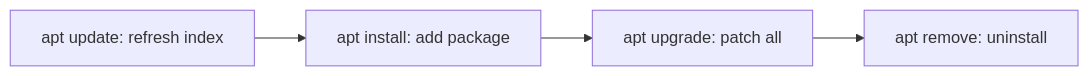
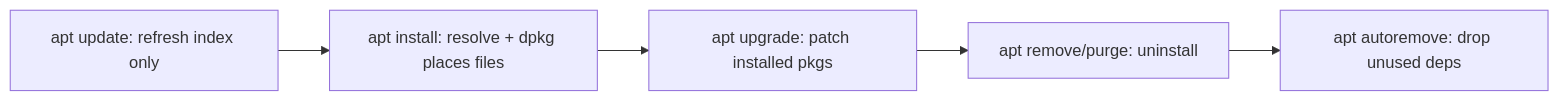
Before and after one commit to cloud-prakhar/learning-linux: the diagram in 06-package-management/apt-ubuntu-debian.md, drawn with Mermaid. The commit also changed other lines of this file and 69 other files, not shown here.

````diff
--- a/06-package-management/apt-ubuntu-debian.md
+++ b/06-package-management/apt-ubuntu-debian.md
@@ -33,6 +34,7 @@
 ```mermaid
 flowchart LR
-    U[apt update: refresh index] --> I[apt install: add package]
-    I --> Up[apt upgrade: patch all]
-    Up --> R[apt remove: uninstall]
+    U[apt update: refresh index only] --> I[apt install: resolve + dpkg places files]
+    I --> Up[apt upgrade: patch installed pkgs]
+    Up --> R[apt remove/purge: uninstall]
+    R --> A[apt autoremove: drop unused deps]
 ```
````
